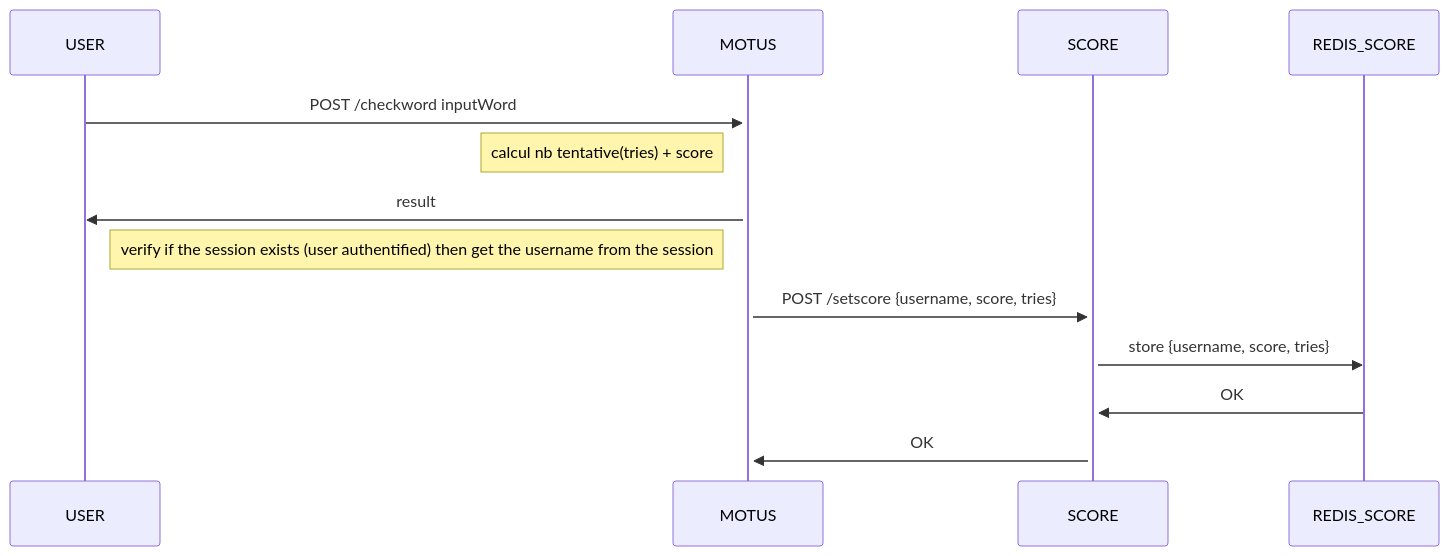
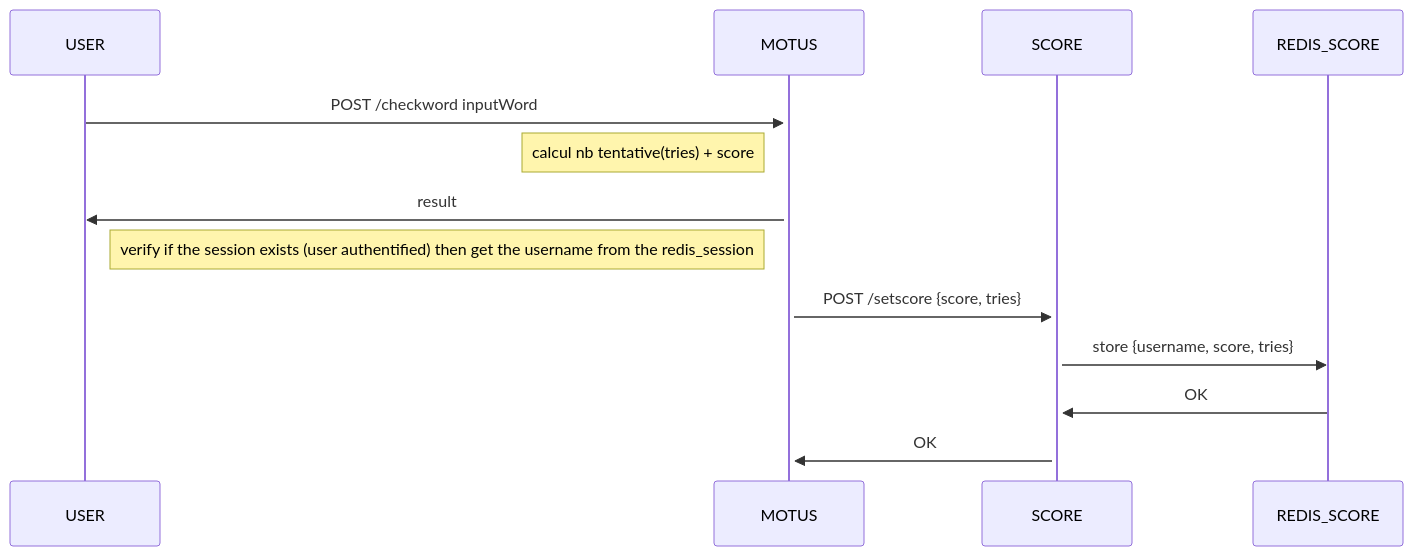
The second of 3 diagrams in README.md (essadany/motus), drawn with Mermaid before and after one commit. The commit also changed other lines of this file, not shown here.

````diff
--- a/README.md
+++ b/README.md
@@ -16,11 +16,11 @@
 ```mermaid
 sequenceDiagram
     USER->>+MOTUS:POST /checkword  inputWord
     note left of MOTUS : calcul nb tentative(tries) + score
     MOTUS->>USER : result
-    note left of MOTUS: verify if the session exists (user authentified) then get the username from the session
-    MOTUS->>+SCORE : POST /setscore {username, score, tries}
+    note left of MOTUS: verify if the session exists (user authentified) then get the username from the redis_session
+    MOTUS->>+SCORE : POST /setscore {score, tries}
     SCORE->>REDIS_SCORE : store {username, score, tries}
     REDIS_SCORE->>SCORE : OK
     SCORE->>MOTUS : OK
 ```
````
